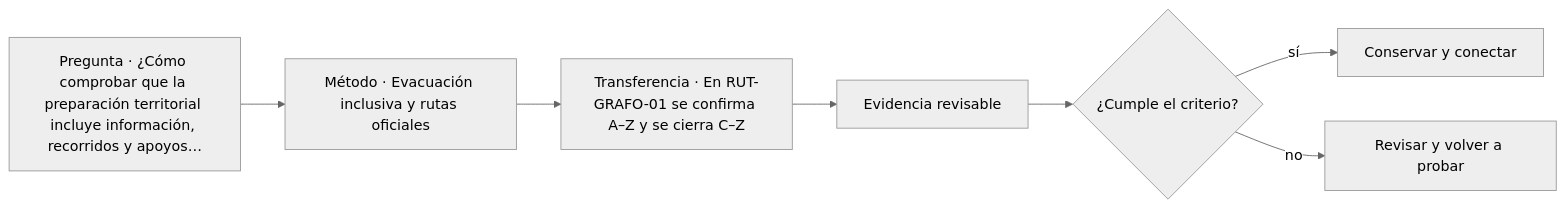
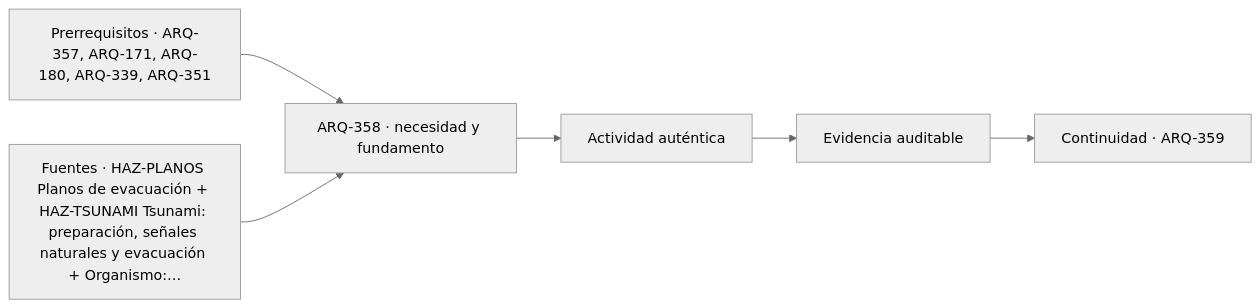
One commit to vladimiracunadev-create/architecture-built-environment-learning-program changed the diagram in classes/parte-36/ARQ-358.md. Above: the diagram before and after it, drawn with Mermaid (neutral theme). The commit also changed other lines of this file and 761 other files, not shown here.

````diff
--- a/classes/parte-36/ARQ-358.md
+++ b/classes/parte-36/ARQ-358.md
@@ -113,9 +125,8 @@
 ```mermaid
 flowchart LR
-    Q["Pregunta · ¿Cómo comprobar que la preparación territorial incluye información, recorridos y apoyos…"] --> M["Método · Evacuación inclusiva y rutas oficiales"]
-    M --> P["Transferencia · En RUT-GRAFO-01 se confirma A–Z y se cierra C–Z"]
-    P --> E["Evidencia revisable"]
-    E --> C{"¿Cumple el criterio?"}
-    C -->|sí| T["Conservar y conectar"]
-    C -->|no| R["Revisar y volver a probar"]
+    A["Prerrequisitos · ARQ-357, ARQ-171, ARQ-180, ARQ-339, ARQ-351"] --> B["ARQ-358 · necesidad y fundamento"]
+    S["Fuentes · HAZ-PLANOS Planos de evacuación + HAZ-TSUNAMI Tsunami: preparación, señales naturales y evacuación + Organismo:…"] --> B
+    B --> C["Actividad auténtica"]
+    C --> D["Evidencia auditable"]
+    D --> E["Continuidad · ARQ-359"]
 ```
````
